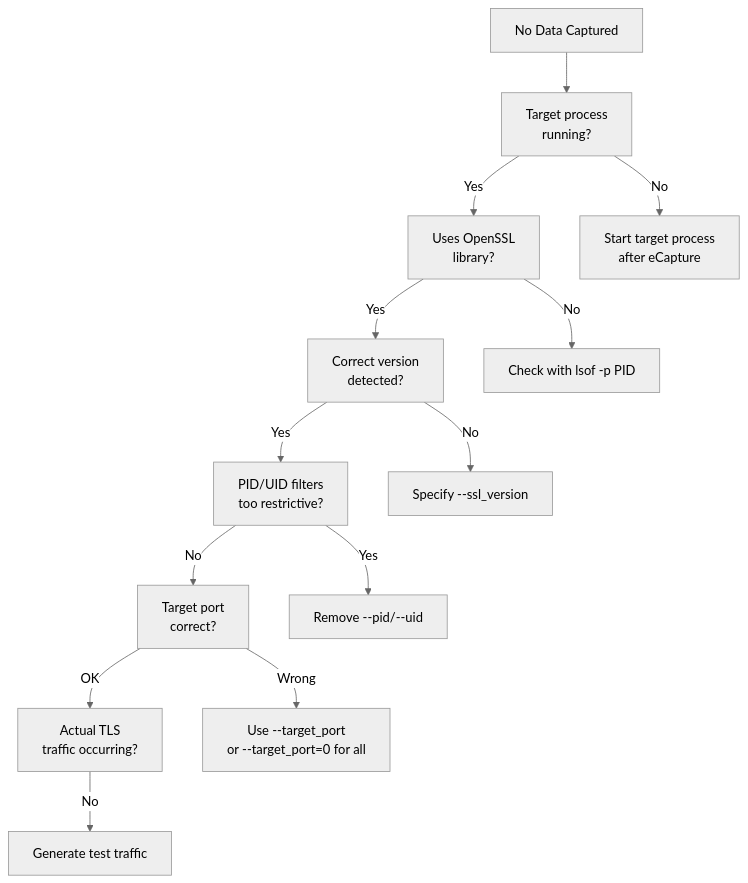
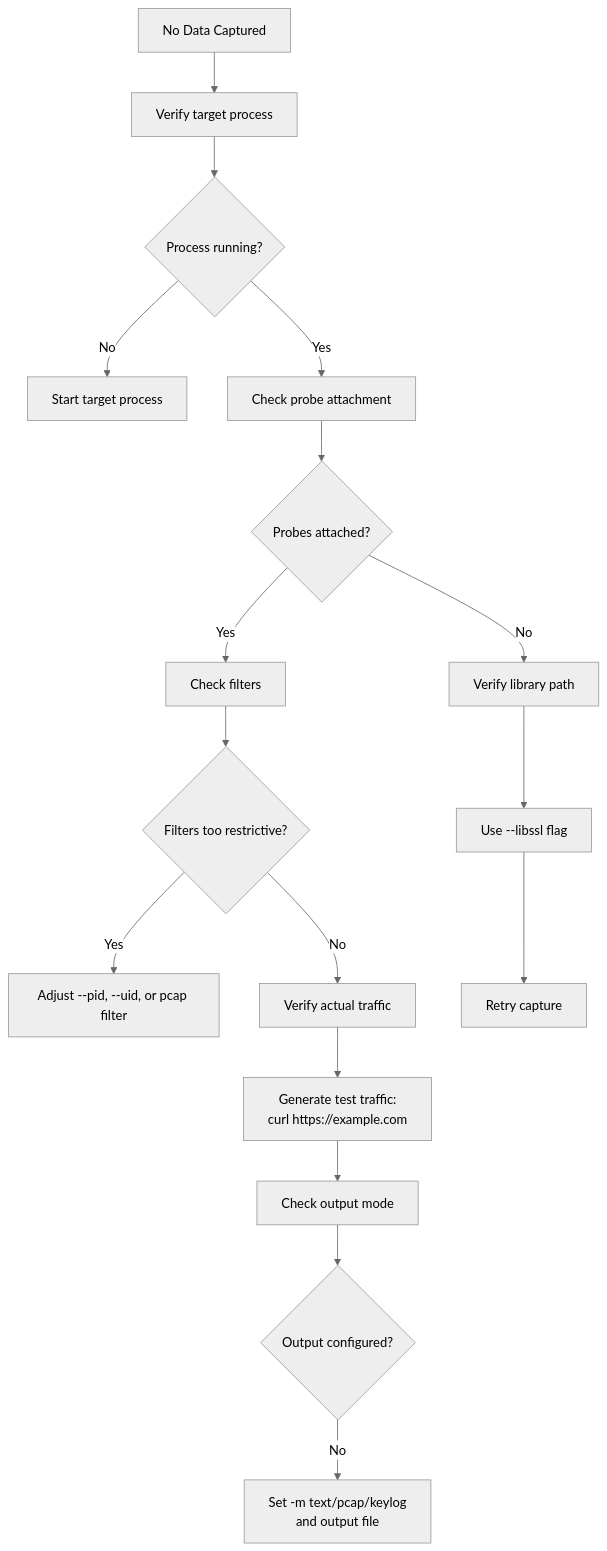
The fifth of 10 diagrams in src/en/6-troubleshooting-and-faq/index.md (gojue/ecapture.cc), drawn with Mermaid (neutral theme) before and after one commit. The commit also changed other lines of this file and 115 other files, not shown here.

````diff
--- a/src/en/6-troubleshooting-and-faq/index.md
+++ b/src/en/6-troubleshooting-and-faq/index.md
@@ -453,30 +268,19 @@
 ```mermaid
 graph TB
-    START["No Data Captured"]
-    PROCESS["Target process<br/>running?"]
-    LIBRARY["Uses OpenSSL<br/>library?"]
-    VERSION["Correct version<br/>detected?"]
-    FILTER["PID/UID filters<br/>too restrictive?"]
-    PORT["Target port<br/>correct?"]
-    TRAFFIC["Actual TLS<br/>traffic occurring?"]
-    
-    RESTART["Start target process<br/>after eCapture"]
-    CHECK_LIB["Check with lsof -p PID"]
-    FIX_VER["Specify --ssl_version"]
-    REMOVE_FILTER["Remove --pid/--uid"]
-    FIX_PORT["Use --target_port<br/>or --target_port=0 for all"]
-    GENERATE["Generate test traffic"]
-    
-    START --> PROCESS
-    PROCESS -->|No| RESTART
-    PROCESS -->|Yes| LIBRARY
-    LIBRARY -->|No| CHECK_LIB
-    LIBRARY -->|Yes| VERSION
-    VERSION -->|No| FIX_VER
-    VERSION -->|Yes| FILTER
-    FILTER -->|Yes| REMOVE_FILTER
-    FILTER -->|No| PORT
-    PORT -->|Wrong| FIX_PORT
-    PORT -->|OK| TRAFFIC
-    TRAFFIC -->|No| GENERATE
+    NoCap["No Data Captured"] --> CheckTarget["Verify target process"]
+    CheckTarget --> ProcRunning{Process running?}
+    ProcRunning -->|No| StartProc["Start target process"]
+    ProcRunning -->|Yes| CheckProbe["Check probe attachment"]
+    CheckProbe --> ProbeOK{Probes attached?}
+    ProbeOK -->|No| CheckPath["Verify library path"]
+    ProbeOK -->|Yes| CheckFilter["Check filters"]
+    CheckFilter --> FilterSet{Filters too restrictive?}
+    FilterSet -->|Yes| AdjustFilter["Adjust --pid, --uid, or pcap filter"]
+    FilterSet -->|No| CheckTraffic["Verify actual traffic"]
+    CheckTraffic --> GenTraffic["Generate test traffic:<br/>curl https://example.com"]
+    CheckPath --> ManualLib["Use --libssl flag"]
+    ManualLib --> Retry["Retry capture"]
+    GenTraffic --> CheckOutput["Check output mode"]
+    CheckOutput --> OutputOK{Output configured?}
+    OutputOK -->|No| SetOutput["Set -m text/pcap/keylog<br/>and output file"]
 ```
````
